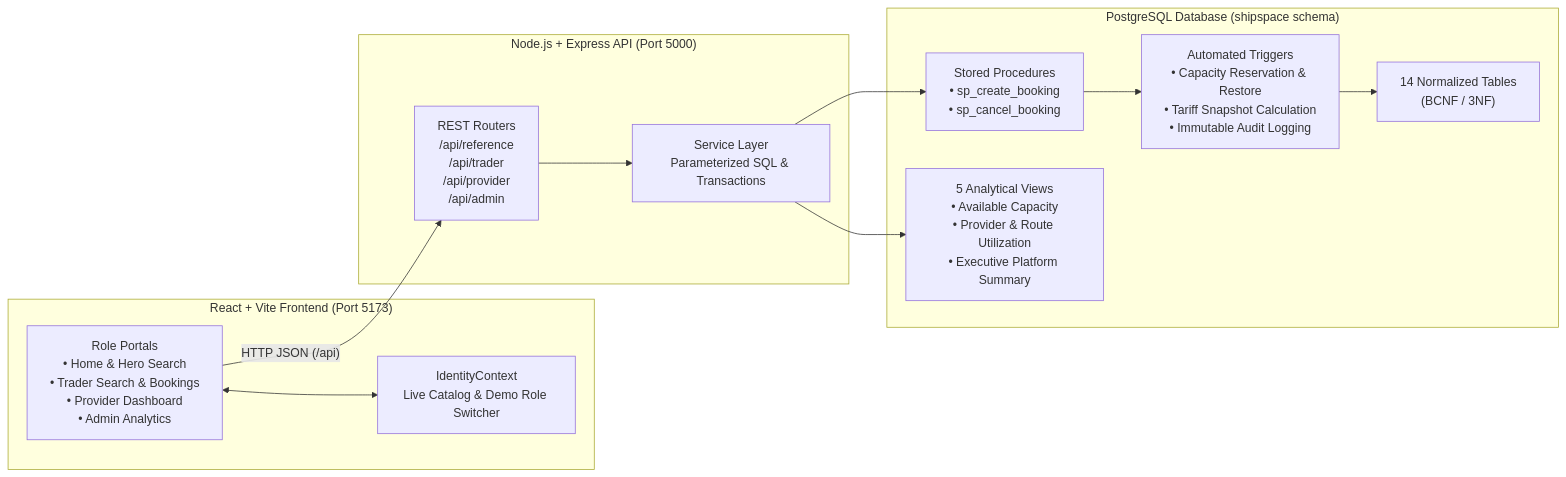
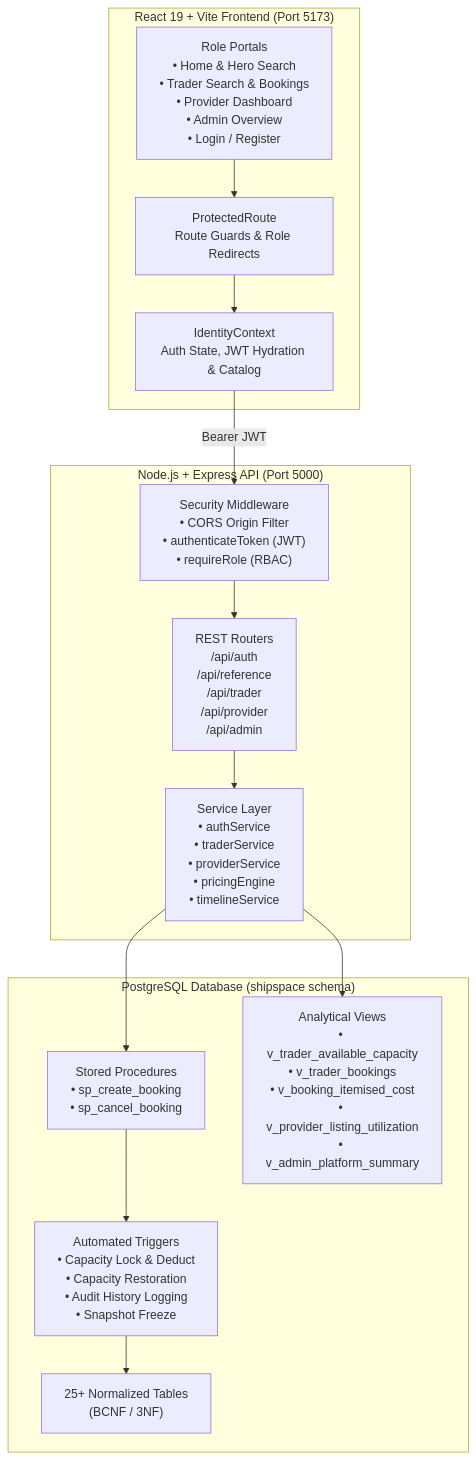
The diagram in README.md (harshitaa-gg/ShipSpace), drawn with Mermaid before and after one commit. The commit also changed other lines of this file and 22 other files, not shown here.

````diff
--- a/README.md
+++ b/README.md
@@ -26,27 +73,31 @@
 ```mermaid
-flowchart LR
-    subgraph Client["React + Vite Frontend (Port 5173)"]
-        UI["Role Portals\n• Home & Hero Search\n• Trader Search & Bookings\n• Provider Dashboard\n• Admin Analytics"]
-        CTX["IdentityContext\nLive Catalog & Demo Role Switcher"]
+flowchart TD
+    subgraph Client["React 19 + Vite Frontend (Port 5173)"]
+        UI["Role Portals\n• Home & Hero Search\n• Trader Search & Bookings\n• Provider Dashboard\n• Admin Overview\n• Login / Register"]
+        GUARD["ProtectedRoute\nRoute Guards & Role Redirects"]
+        CTX["IdentityContext\nAuth State, JWT Hydration & Catalog"]
     end
 
     subgraph Server["Node.js + Express API (Port 5000)"]
-        RTR["REST Routers\n/api/reference\n/api/trader\n/api/provider\n/api/admin"]
-        SVC["Service Layer\nParameterized SQL & Transactions"]
+        AUTH_MW["Security Middleware\n• CORS Origin Filter\n• authenticateToken (JWT)\n• requireRole (RBAC)"]
+        RTR["REST Routers\n/api/auth\n/api/reference\n/api/trader\n/api/provider\n/api/admin"]
+        SVC["Service Layer\n• authService\n• traderService\n• providerService\n• pricingEngine\n• timelineService"]
     end
 
     subgraph DB["PostgreSQL Database (shipspace schema)"]
-        TBL["14 Normalized Tables\n(BCNF / 3NF)"]
+        TBL["25+ Normalized Tables\n(BCNF / 3NF)"]
         PROC["Stored Procedures\n• sp_create_booking\n• sp_cancel_booking"]
-        TRG["Automated Triggers\n• Capacity Reservation & Restore\n• Tariff Snapshot Calculation\n• Immutable Audit Logging"]
-        VW["5 Analytical Views\n• Available Capacity\n• Provider & Route Utilization\n• Executive Platform Summary"]
+        TRG["Automated Triggers\n• Capacity Lock & Deduct\n• Capacity Restoration\n• Audit History Logging\n• Snapshot Freeze"]
+        VW["Analytical Views\n• v_trader_available_capacity\n• v_trader_bookings\n• v_booking_itemised_cost\n• v_provider_listing_utilization\n• v_admin_platform_summary"]
     end
 
-    UI <--> CTX
-    UI -- "HTTP JSON (/api)" --> RTR
+    UI --> GUARD
+    GUARD --> CTX
+    CTX -- "Bearer JWT" --> AUTH_MW
+    AUTH_MW --> RTR
     RTR --> SVC
     SVC --> PROC
     SVC --> VW
     PROC --> TRG
     TRG --> TBL
 ```
````
